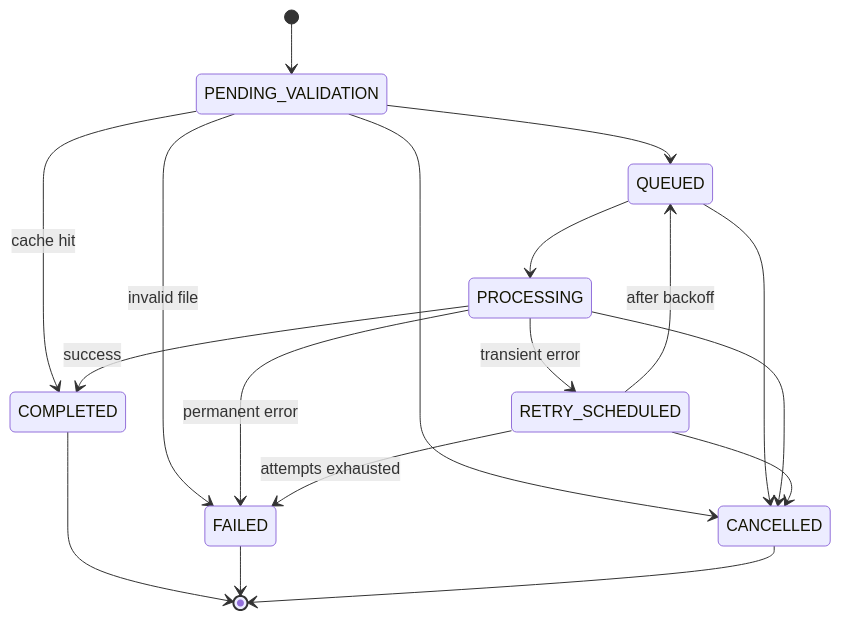
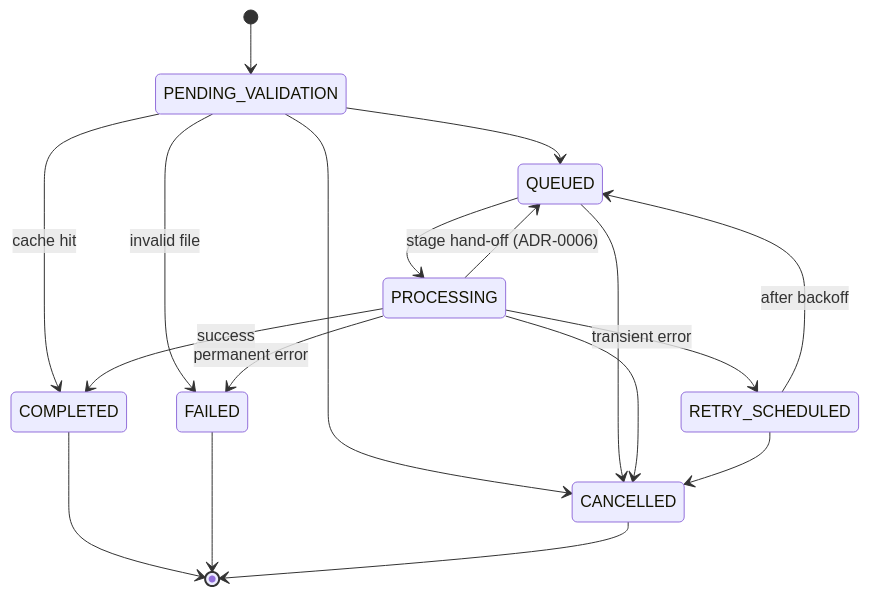
Before and after one commit to Kandil7/transcribe-engine: the diagram in docs/design.md, drawn with Mermaid. The commit also changed other lines of this file and 1 other file, not shown here.

Commit message:
docs(adr): accept 0006 stage hand-off between queues
Accepts the PROCESSING to QUEUED hand-off and adds profiling to the stage list in the
design doc; removes the exhausted-retry edge per D-003.

Spec: specs/S02-job-state-machine.md
Decision: D-005

````diff
--- a/docs/design.md
+++ b/docs/design.md
@@ -186,20 +186,20 @@
 ```mermaid
 stateDiagram-v2
     [*] --> PENDING_VALIDATION
     PENDING_VALIDATION --> QUEUED
     PENDING_VALIDATION --> COMPLETED: cache hit
     PENDING_VALIDATION --> FAILED: invalid file
     QUEUED --> PROCESSING
     PROCESSING --> COMPLETED: success
     PROCESSING --> RETRY_SCHEDULED: transient error
+    PROCESSING --> QUEUED: stage hand-off (ADR-0006)
     PROCESSING --> FAILED: permanent error
     RETRY_SCHEDULED --> QUEUED: after backoff
-    RETRY_SCHEDULED --> FAILED: attempts exhausted
     PENDING_VALIDATION --> CANCELLED
     QUEUED --> CANCELLED
     PROCESSING --> CANCELLED
     RETRY_SCHEDULED --> CANCELLED
     COMPLETED --> [*]
     FAILED --> [*]
     CANCELLED --> [*]
 ```
````
